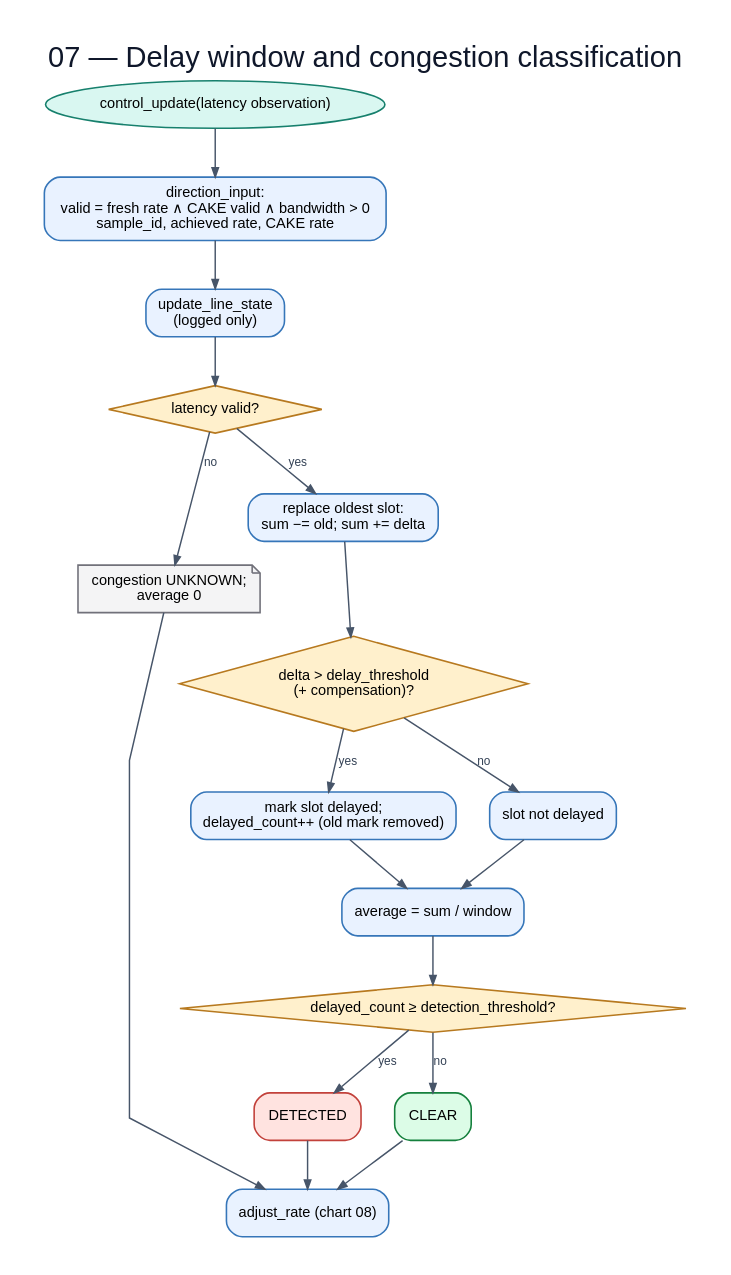
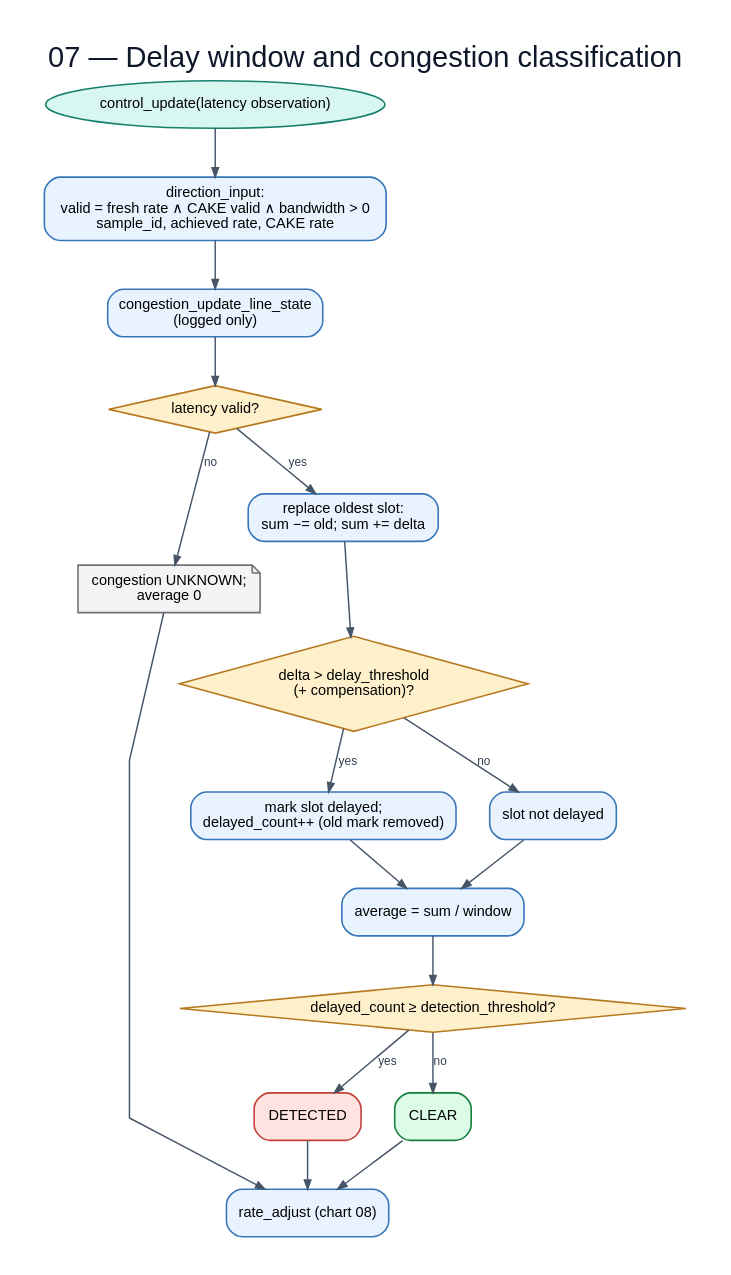
One commit to huydoan94/cake-adapt changed the diagram in flowchart/diagrams/07-controller-window.dot. Above: the diagram before and after it, drawn with Graphviz. The commit also changed 10 other files, not shown here.

Commit message:
flowchart: regenerate for the restructure

```diff
--- a/flowchart/diagrams/07-controller-window.dot
+++ b/flowchart/diagrams/07-controller-window.dot
@@ -1,35 +1,35 @@
 digraph G {
   graph [rankdir=TB,bgcolor="white",pad="0.30",nodesep="0.35",ranksep="0.48",splines=polyline,fontname="Arial",label="07 — Delay window and congestion classification",labelloc=t,fontsize=22,fontcolor="#0f172a"];
   node [fontname="Arial",fontsize=11,margin="0.14,0.09",penwidth=1.2];
   edge [fontname="Arial",fontsize=9,color="#475569",fontcolor="#334155",arrowsize=0.7,penwidth=1.1];
   input [label="control_update(latency observation)",shape=oval,style="filled",fillcolor="#d9f7f1",color="#17806d"];
   dir [label="direction_input:\nvalid = fresh rate ∧ CAKE valid ∧ bandwidth > 0\nsample_id, achieved rate, CAKE rate",shape=box,style="rounded,filled",fillcolor="#e9f2ff",color="#3676b9"];
-  line [label="update_line_state\n(logged only)",shape=box,style="rounded,filled",fillcolor="#e9f2ff",color="#3676b9"];
+  line [label="congestion_update_line_state\n(logged only)",shape=box,style="rounded,filled",fillcolor="#e9f2ff",color="#3676b9"];
   lat [label="latency valid?",shape=diamond,style="filled",fillcolor="#fff0cc",color="#b7791f"];
   unknown [label="congestion UNKNOWN;\naverage 0",shape=note,style="filled",fillcolor="#f4f4f5",color="#71717a"];
   slot [label="replace oldest slot:\nsum −= old; sum += delta",shape=box,style="rounded,filled",fillcolor="#e9f2ff",color="#3676b9"];
   delayed [label="delta > delay_threshold\n(+ compensation)?",shape=diamond,style="filled",fillcolor="#fff0cc",color="#b7791f"];
   inc [label="mark slot delayed;\ndelayed_count++ (old mark removed)",shape=box,style="rounded,filled",fillcolor="#e9f2ff",color="#3676b9"];
   clr [label="slot not delayed",shape=box,style="rounded,filled",fillcolor="#e9f2ff",color="#3676b9"];
   avg [label="average = sum / window",shape=box,style="rounded,filled",fillcolor="#e9f2ff",color="#3676b9"];
   thr [label="delayed_count ≥ detection_threshold?",shape=diamond,style="filled",fillcolor="#fff0cc",color="#b7791f"];
   det [label="DETECTED",shape=box,style="rounded,filled",fillcolor="#ffe3e0",color="#c2413b"];
   clear [label="CLEAR",shape=box,style="rounded,filled,bold",fillcolor="#dcfce7",color="#15803d"];
-  rate [label="adjust_rate (chart 08)",shape=box,style="rounded,filled",fillcolor="#e9f2ff",color="#3676b9"];
+  rate [label="rate_adjust (chart 08)",shape=box,style="rounded,filled",fillcolor="#e9f2ff",color="#3676b9"];
   input -> dir;
   dir -> line;
   line -> lat;
   lat -> unknown [label="no"];
   lat -> slot [label="yes"];
   slot -> delayed;
   delayed -> inc [label="yes"];
   delayed -> clr [label="no"];
   inc -> avg;
   clr -> avg;
   avg -> thr;
   thr -> det [label="yes"];
   thr -> clear [label="no"];
   det -> rate;
   clear -> rate;
   unknown -> rate;
 }
```
